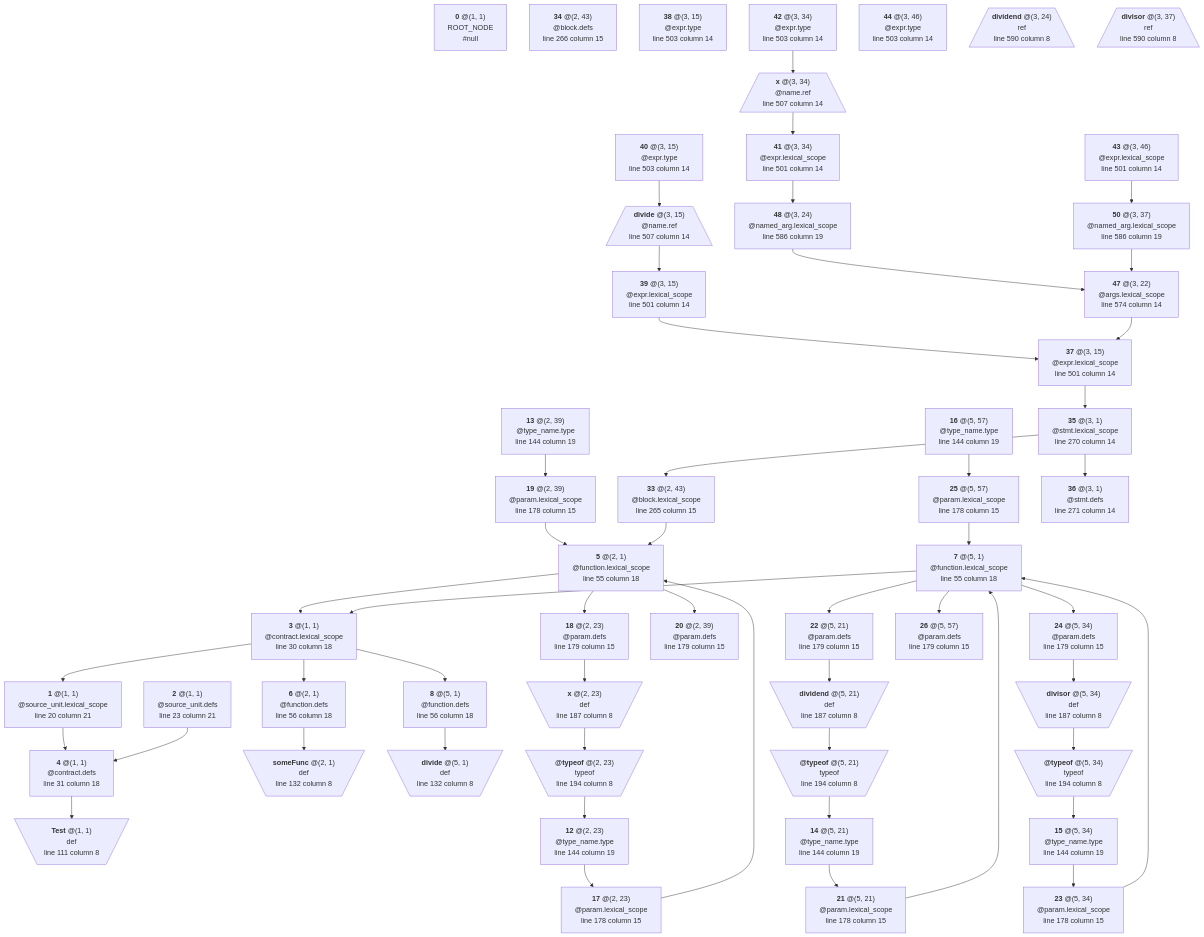
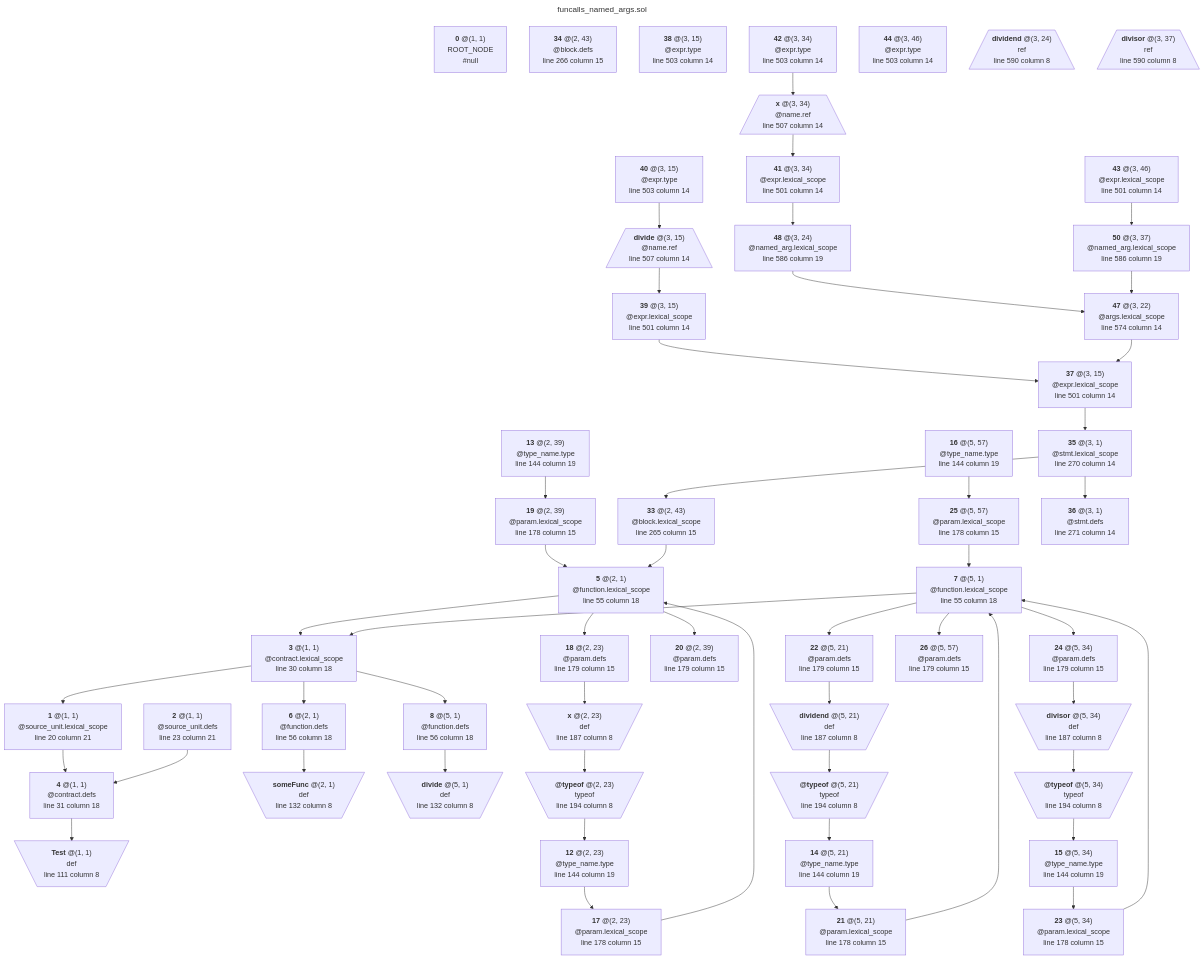
Before and after one commit to manastech/slang: the diagram in crates/solidity/testing/snapshots/bindings_output/expressions/generated/funcalls_named_args.sol-0.5.0.mmd, drawn with Mermaid. The commit also changed 25 other files, not shown here.

```diff
--- a/crates/solidity/testing/snapshots/bindings_output/expressions/generated/funcalls_named_args.sol-0.5.0.mmd
+++ b/crates/solidity/testing/snapshots/bindings_output/expressions/generated/funcalls_named_args.sol-0.5.0.mmd
@@ -1,3 +1,6 @@
+---
+title: funcalls_named_args.sol
+---
 graph TD
 	N0["`**0** @(1, 1)
 ROOT_NODE
```
